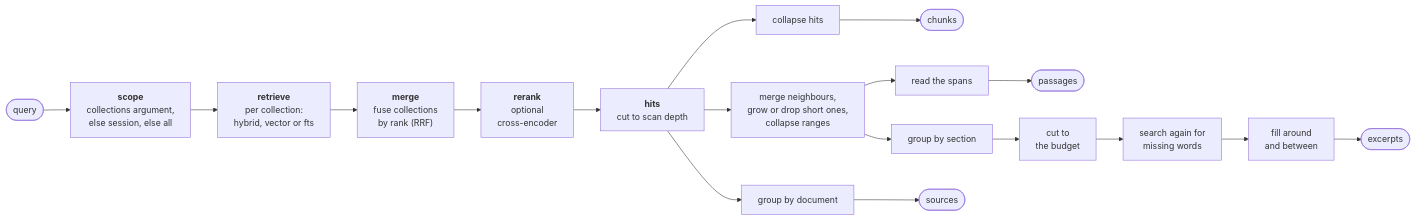
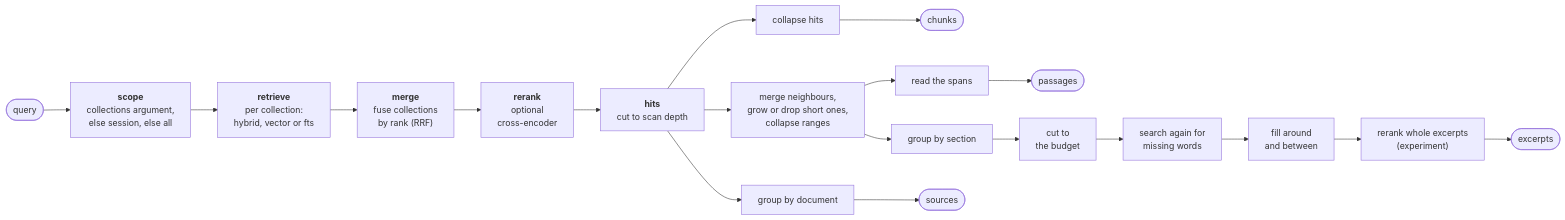
The first of 3 diagrams in docs/search.md (haskian/haskie), drawn with Mermaid before and after one commit. The commit also changed other lines of this file and 80 other files, not shown here.

````diff
--- a/docs/search.md
+++ b/docs/search.md
@@ -9,12 +9,12 @@
 ```mermaid
 flowchart LR
     q(["query"]) --> scope["<b>scope</b><br/>collections argument,<br/>else session, else all"]
     scope --> retrieve["<b>retrieve</b><br/>per collection:<br/>hybrid, vector or fts"]
     retrieve --> merge["<b>merge</b><br/>fuse collections<br/>by rank (RRF)"]
     merge --> rerank["<b>rerank</b><br/>optional<br/>cross-encoder"]
     rerank --> hits["<b>hits</b><br/>cut to scan depth"]
     hits --> fchunks["collapse hits"] --> chunks(["chunks"])
     hits --> franges["merge neighbours,<br/>grow or drop short ones,<br/>collapse ranges"] --> read["read the spans"] --> passages(["passages"])
-    franges --> group["group by section"] --> budget["cut to<br/>the budget"] --> probe["search again for<br/>missing words"] --> fill["fill around<br/>and between"] --> excerpts(["excerpts"])
+    franges --> group["group by section"] --> budget["cut to<br/>the budget"] --> probe["search again for<br/>missing words"] --> fill["fill around<br/>and between"] --> rerankx["rerank whole excerpts<br/>(experiment)"] --> excerpts(["excerpts"])
     hits --> shortlist["group by document"] --> sources(["sources"])
 ```
````
